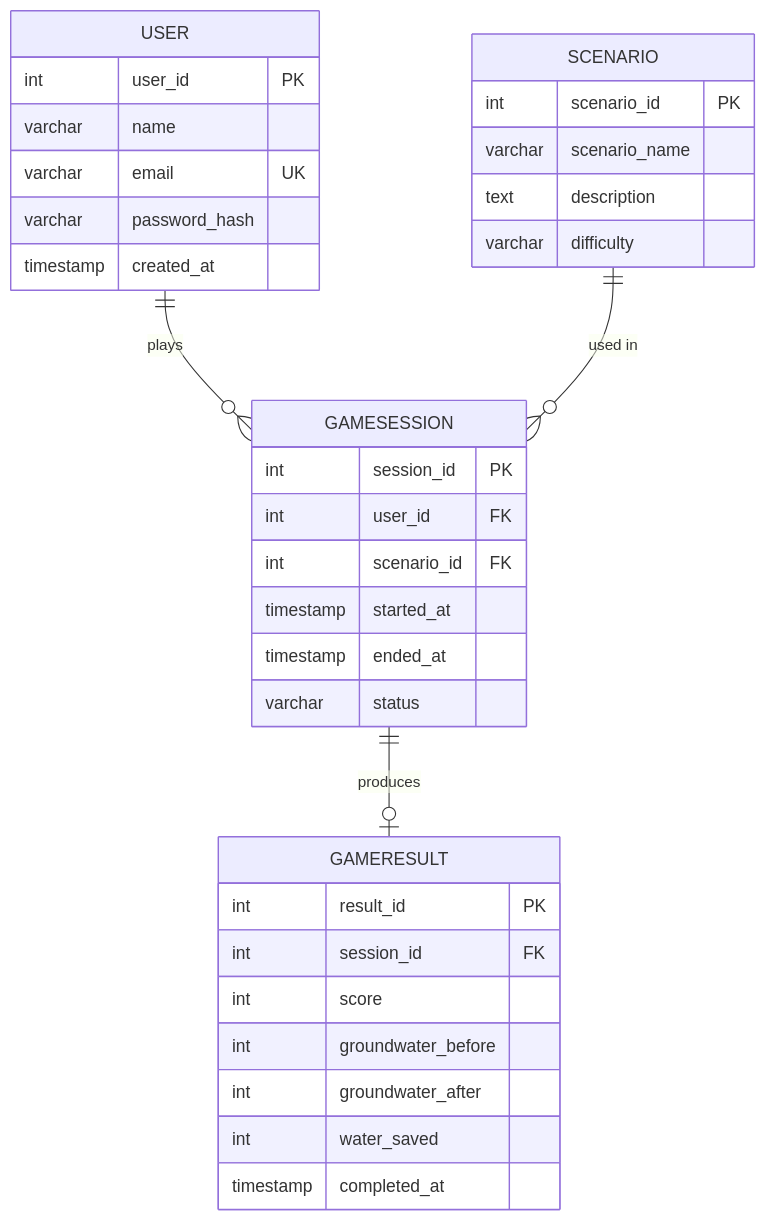
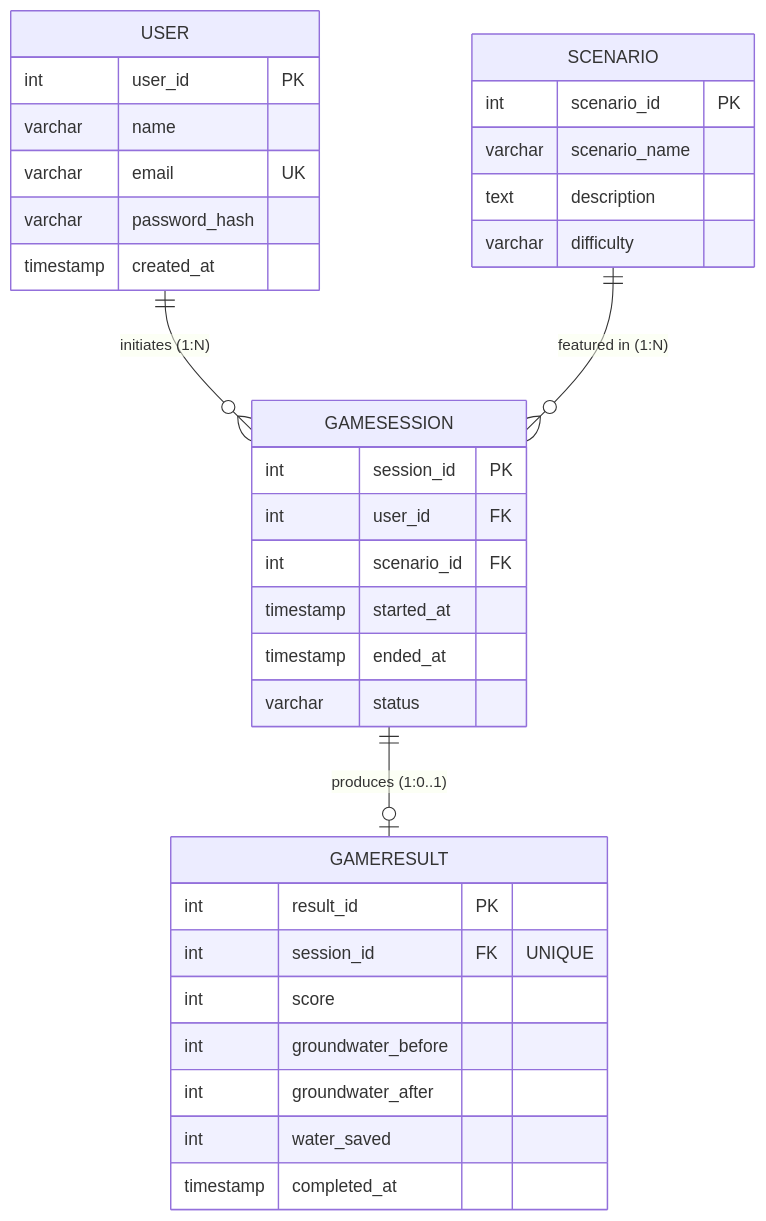
The diagram in database/ER-diagram.md (Anubhav741/CropGuard), drawn with Mermaid before and after one commit. The commit also changed other lines of this file and 5 other files, not shown here.

````diff
--- a/database/ER-diagram.md
+++ b/database/ER-diagram.md
@@ -5,40 +31,40 @@
 ```mermaid
 erDiagram
     USER {
         int user_id PK
         varchar name
         varchar email UK
         varchar password_hash
         timestamp created_at
     }
 
     SCENARIO {
         int scenario_id PK
         varchar scenario_name
         text description
         varchar difficulty
     }
 
     GAMESESSION {
         int session_id PK
         int user_id FK
         int scenario_id FK
         timestamp started_at
         timestamp ended_at
         varchar status
     }
 
     GAMERESULT {
         int result_id PK
-        int session_id FK
+        int session_id FK "UNIQUE"
         int score
         int groundwater_before
         int groundwater_after
         int water_saved
         timestamp completed_at
     }
 
-    USER ||--o{ GAMESESSION : "plays"
-    SCENARIO ||--o{ GAMESESSION : "used in"
-    GAMESESSION ||--o| GAMERESULT : "produces"
+    USER ||--o{ GAMESESSION : "initiates (1:N)"
+    SCENARIO ||--o{ GAMESESSION : "featured in (1:N)"
+    GAMESESSION ||--o| GAMERESULT : "produces (1:0..1)"
 ```
````
